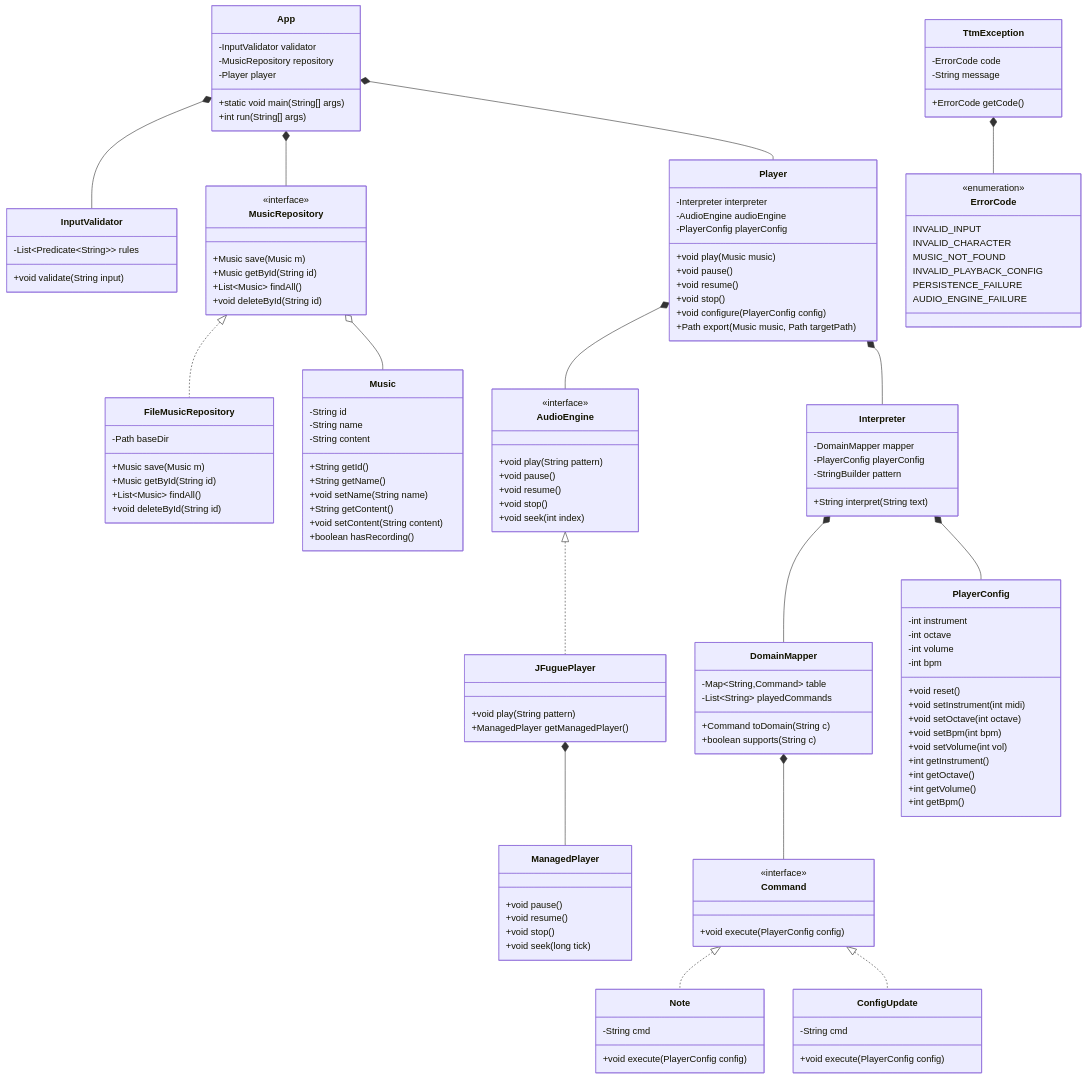
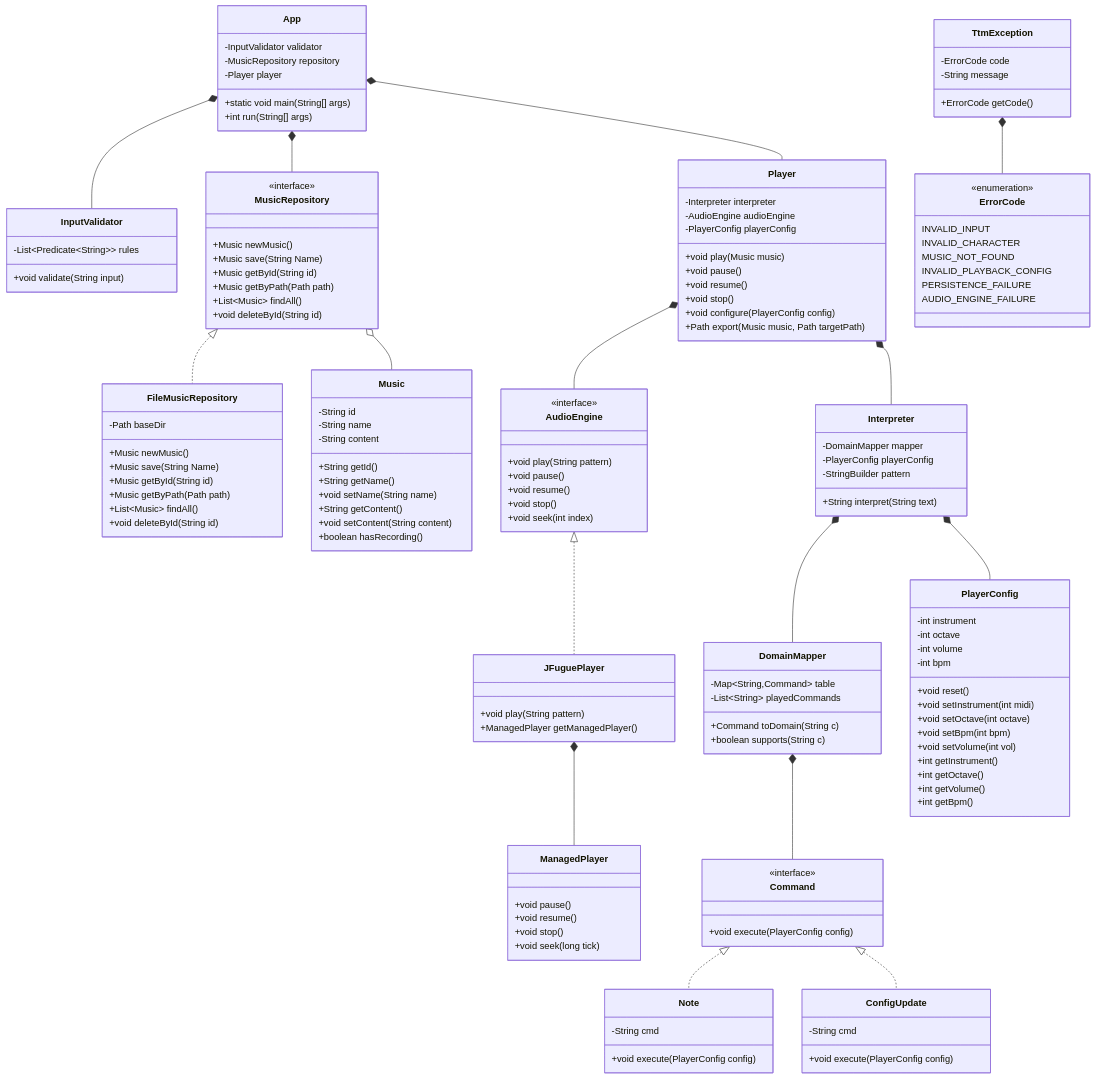
Before and after one commit to ExtremeNoHorse/inf01120-dev-sw: the diagram in design/diagram.mmd, drawn with Mermaid. The commit also changed 8 other files, not shown here.

```diff
--- a/design/diagram.mmd
+++ b/design/diagram.mmd
@@ -1,175 +1,179 @@
 ---
 config:
   theme: default
 ---
 %% TTM - Diagrama refatorado (Fase 1)
 %%
 %% Mudancas vs original (motivadas pelos resumos R01/R02/R03/Cap5-OOSC):
 %%   1. Menu vira App (unica classe UI/composition root; CLI hoje, GUI depois).
 %%   2. Interpreter dividido: Interpreter (char->pattern) + Player (executa).
 %%   3. AudioEngine interface esconde JFugue (info hiding R02) e expoe exportMidi.
 %%   4. MusicRepository vira interface; FileMusicRepository usa java.nio direto.
 %%   5. Command.execute(PlayerConfig) - sem acoplamento reverso.
 %%   6. TtmException + ErrorCode substituem varios exception types.
 %%   7. PlaybackListener = Consumer<Integer> do JDK (sem interface propria).
 %%   8. PlaybackParameters vira constantes em PlayerConfig.
 %%   9. Terminologia: Music (mockup) substitui Session.
 
 classDiagram
     App *-- InputValidator
     App *-- MusicRepository
     App *-- Player
 
     MusicRepository <|.. FileMusicRepository
     MusicRepository o-- Music
 
     Player *-- Interpreter
     Player *-- AudioEngine
     JFuguePlayer *-- ManagedPlayer
     AudioEngine <|.. JFuguePlayer
 
     Interpreter *-- DomainMapper
     Interpreter *-- PlayerConfig
 
     DomainMapper *-- Command
     Command <|.. Note
     Command <|.. ConfigUpdate
 
     TtmException *-- ErrorCode
 
     class App {
         -InputValidator validator
         -MusicRepository repository
         -Player player
         +static void main(String[] args)
         +int run(String[] args)
     }
 
     class InputValidator {
         -List~Predicate~String~~ rules
         +void validate(String input)
     }
 
     class MusicRepository {
         <<interface>>
-        +Music save(Music m)
+        +Music newMusic()
+        +Music save(String Name)
         +Music getById(String id)
+        +Music getByPath(Path path)
         +List~Music~ findAll()
         +void deleteById(String id)
     }
 
     class FileMusicRepository {
         -Path baseDir
-        +Music save(Music m)
+        +Music newMusic()
+        +Music save(String Name)
         +Music getById(String id)
+        +Music getByPath(Path path)
         +List~Music~ findAll()
         +void deleteById(String id)
     }
 
     class Music {
         -String id
         -String name
         -String content
         +String getId()
         +String getName()
         +void setName(String name)
         +String getContent()
         +void setContent(String content)
         +boolean hasRecording()
     }
 
     class Player {
         -Interpreter interpreter
         -AudioEngine audioEngine
         -PlayerConfig playerConfig
         %% Caso o Pimenta comente sobre eventos
         %% -Consumer~Integer~ onCharPlayed
         +void play(Music music)
         +void pause()
         +void resume()
         +void stop()
         +void configure(PlayerConfig config)
         +Path export(Music music, Path targetPath)
         %% +void onCharPlayed(Consumer~Integer~ listener)
     }
 
     class Interpreter {
         -DomainMapper mapper
         -PlayerConfig playerConfig
         -StringBuilder pattern
         +String interpret(String text)
     }
 
     class DomainMapper {
         -Map~String,Command~ table
         -List~String~ playedCommands
         +Command toDomain(String c)
         +boolean supports(String c)
     }
 
     class Command {
         <<interface>>
         +void execute(PlayerConfig config)
     }
 
     class Note {
         -String cmd
         +void execute(PlayerConfig config)
     }
 
     class ConfigUpdate {
         -String cmd
         +void execute(PlayerConfig config)
     }
 
     class PlayerConfig {
         -int instrument
         -int octave
         -int volume
         -int bpm
         +void reset()
         +void setInstrument(int midi)
         +void setOctave(int octave)
         +void setBpm(int bpm)
         +void setVolume(int vol)
         +int getInstrument()
         +int getOctave()
         +int getVolume()
         +int getBpm()
     }
     class AudioEngine {
         <<interface>>
         +void play(String pattern)
         +void pause()
         +void resume()
         +void stop()
         +void seek(int index)
     }
 
     class JFuguePlayer {
         +void play(String pattern)
         +ManagedPlayer getManagedPlayer()
     }
 
     class ManagedPlayer {
         +void pause()
         +void resume()
         +void stop()
         +void seek(long tick)
     }
 
     class TtmException {
         -ErrorCode code
         -String message
         +ErrorCode getCode()
     }
 
     class ErrorCode {
         <<enumeration>>
         INVALID_INPUT
         INVALID_CHARACTER
         MUSIC_NOT_FOUND
         INVALID_PLAYBACK_CONFIG
         PERSISTENCE_FAILURE
         AUDIO_ENGINE_FAILURE
     }
```
